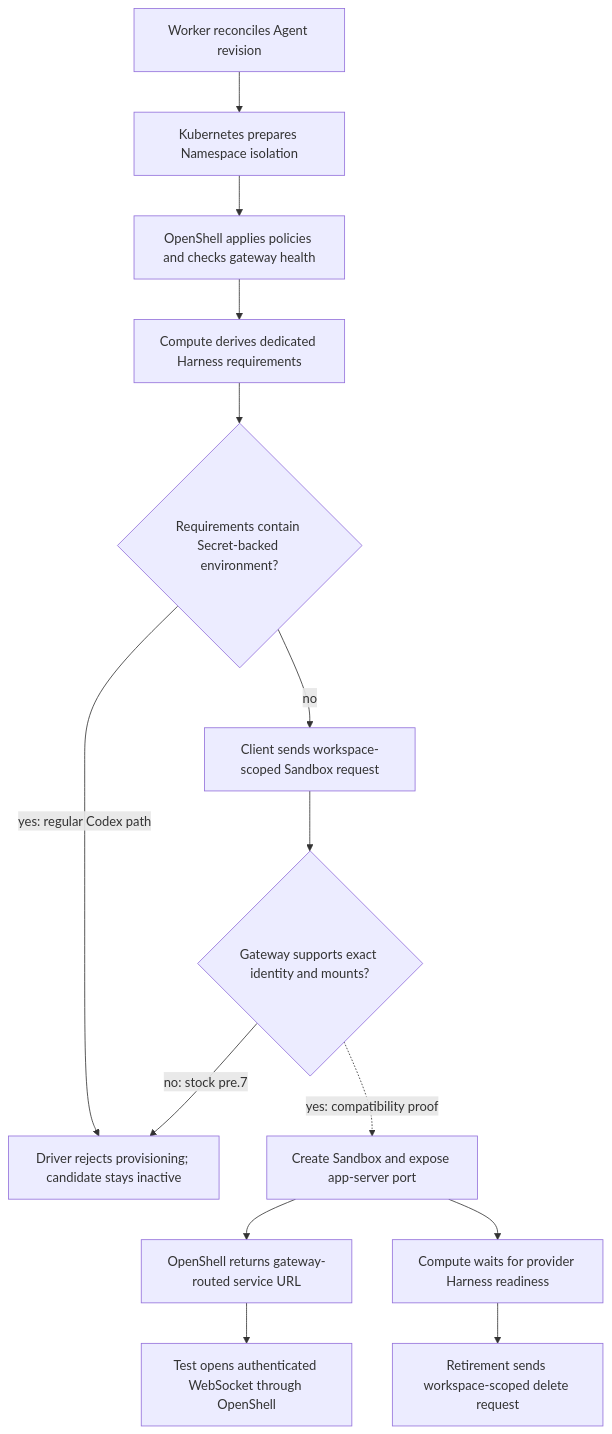
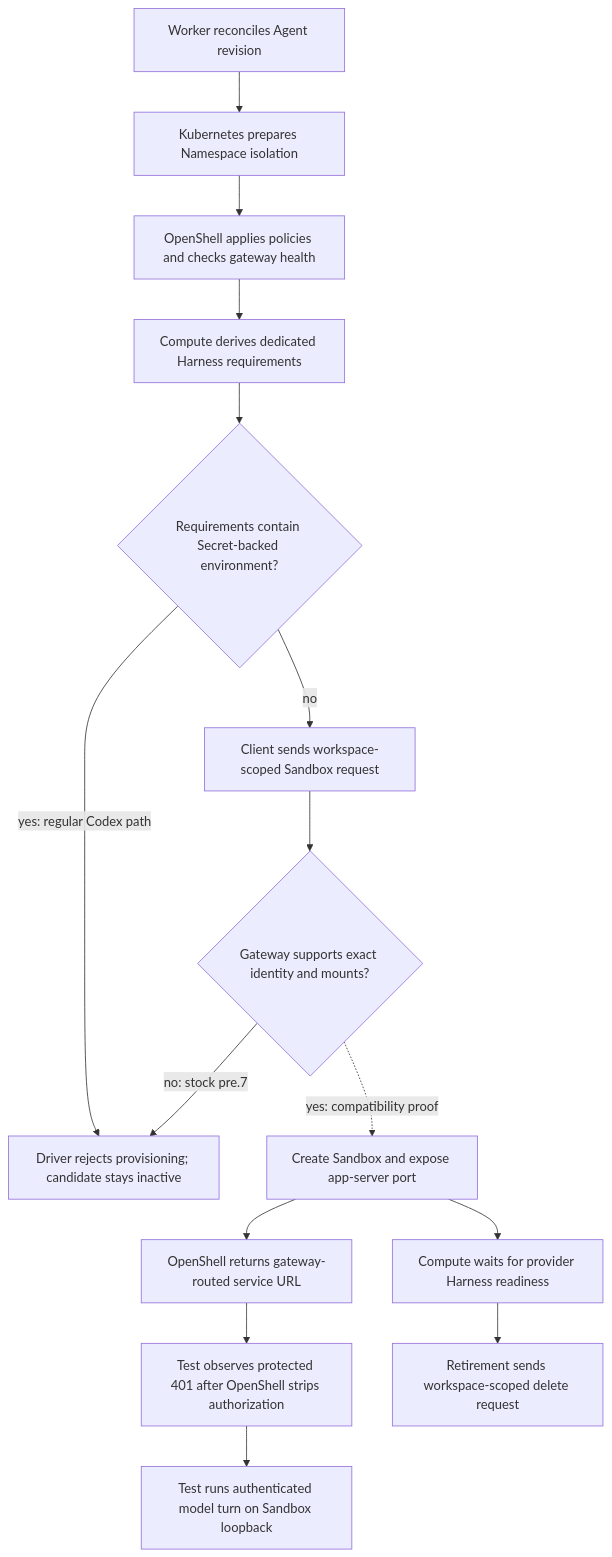
The diagram in docs/flows/openshell-sandbox-provisioning.md (IsaiahStapleton/openclaw-enterprise), drawn with Mermaid before and after one commit. The commit also changed other lines of this file and 4 other files, not shown here.

````diff
--- a/docs/flows/openshell-sandbox-provisioning.md
+++ b/docs/flows/openshell-sandbox-provisioning.md
@@ -30,16 +30,17 @@
 ```mermaid
 graph TD
   A["Worker reconciles Agent revision"] --> B["Kubernetes prepares Namespace isolation"]
   B --> C["OpenShell applies policies and checks gateway health"]
   C --> D["Compute derives dedicated Harness requirements"]
   D --> E{"Requirements contain Secret-backed environment?"}
   E -- "yes: regular Codex path" --> F["Driver rejects provisioning; candidate stays inactive"]
   E -- "no" --> G["Client sends workspace-scoped Sandbox request"]
   G --> K{"Gateway supports exact identity and mounts?"}
   K -- "no: stock pre.7" --> F
   K -. "yes: compatibility proof" .-> H["Create Sandbox and expose app-server port"]
   H --> L["OpenShell returns gateway-routed service URL"]
-  L --> M["Test opens authenticated WebSocket through OpenShell"]
+  L --> M["Test observes protected 401 after OpenShell strips authorization"]
+  M --> N["Test runs authenticated model turn on Sandbox loopback"]
   H --> I["Compute waits for provider Harness readiness"]
   I --> J["Retirement sends workspace-scoped delete request"]
 ```
````
